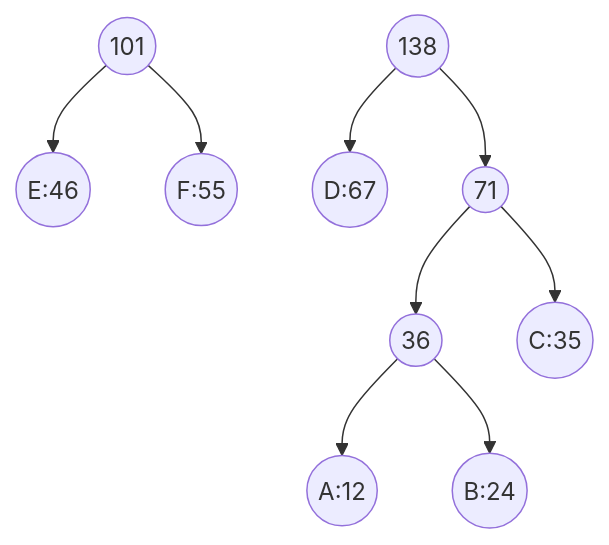
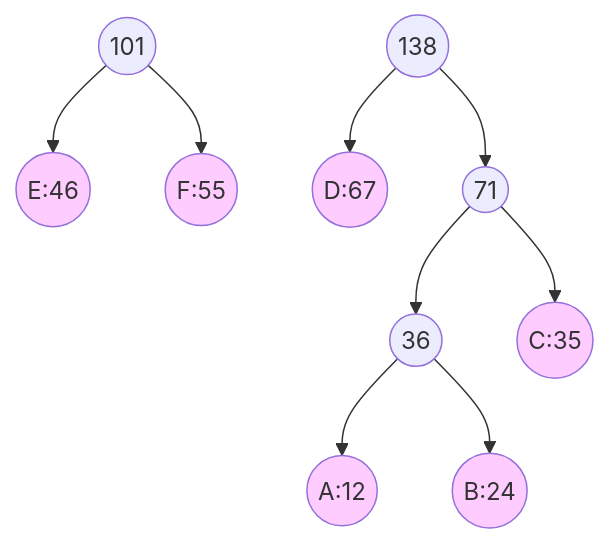
One commit to dmjcb/SelfBlog changed the fifth of 7 diagrams in DataStructures/Tree/BinaryTree/哈夫曼树.md. Above: the diagram before and after it, drawn with Mermaid. The commit also changed other lines of this file and 26 other files, not shown here.

````diff
--- a/DataStructures/Tree/BinaryTree/哈夫曼树.md
+++ b/DataStructures/Tree/BinaryTree/哈夫曼树.md
@@ -94,23 +126,31 @@
 ```mermaid
 graph TB
     C((C:35))
     D((D:67))
     E((E:46))
     F((F:55))
 
     Z((101))
     Z --> E
     Z --> F
 
     W((138))
     W --> D
     W --> Y
 
     Y((71))
     X((36)) 
 
     Y --> X
     Y --> C((C:35))
     X --> A((A:12))
     X --> B((B:24))
+
+    A:::Style
+    B:::Style
+    C:::Style
+    D:::Style
+    E:::Style
+    F:::Style
+    classDef Style fill:#FFCCFF
 ```
````
